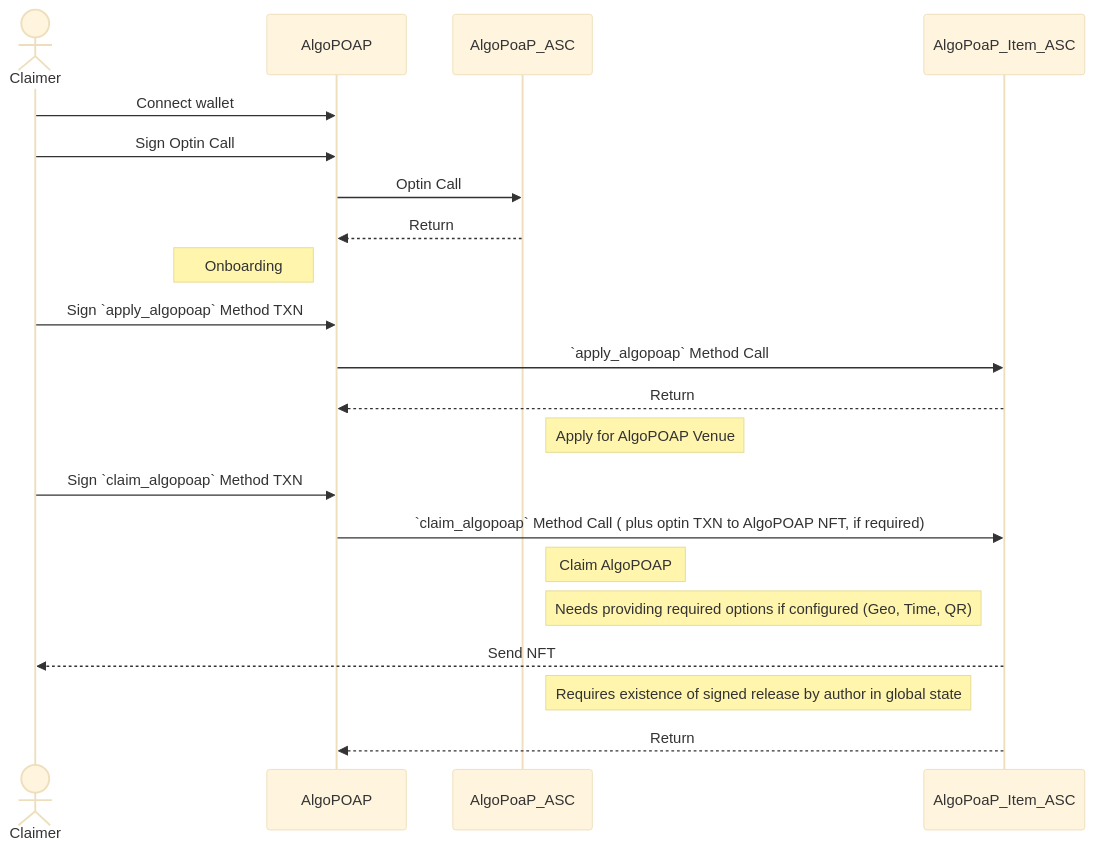
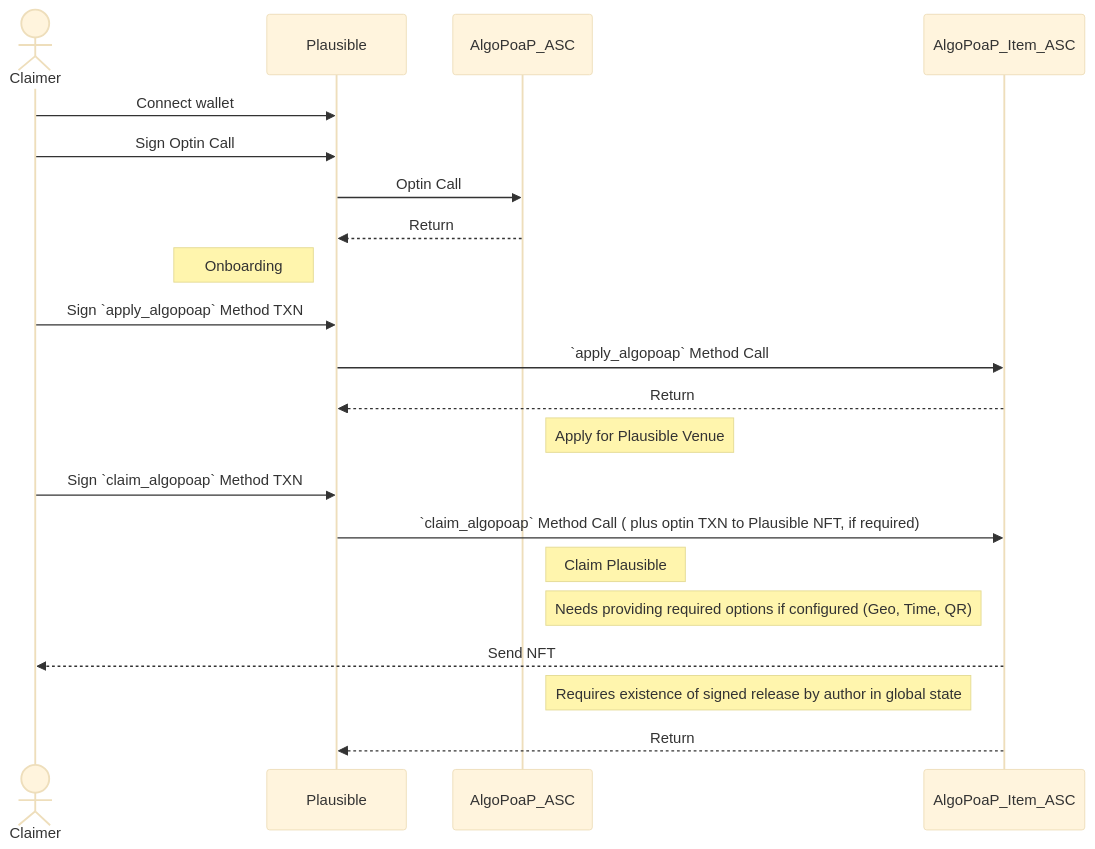
The third of 8 diagrams in profile/README.md (GoPlausible/.github), drawn with Mermaid (base theme) before and after one commit. The commit also changed other lines of this file, not shown here.

````diff
--- a/profile/README.md
+++ b/profile/README.md
@@ -173,27 +174,27 @@
 ```mermaid
 sequenceDiagram 
 actor Claimer
-participant AlgoPOAP
+participant Plausible
 participant AlgoPoaP_ASC
 participant AlgoPoaP_Item_ASC
-Claimer ->> AlgoPOAP: Connect wallet
-Claimer ->> AlgoPOAP: Sign Optin Call
-AlgoPOAP ->> AlgoPoaP_ASC: Optin Call
-AlgoPoaP_ASC -->> AlgoPOAP: Return
-Note left of AlgoPOAP: Onboarding
+Claimer ->> Plausible: Connect wallet
+Claimer ->> Plausible: Sign Optin Call
+Plausible ->> AlgoPoaP_ASC: Optin Call
+AlgoPoaP_ASC -->> Plausible: Return
+Note left of Plausible: Onboarding
 
-Claimer ->> AlgoPOAP: Sign `apply_algopoap` Method TXN
-AlgoPOAP ->> AlgoPoaP_Item_ASC:  `apply_algopoap` Method Call
-AlgoPoaP_Item_ASC -->> AlgoPOAP: Return
-Note right of AlgoPoaP_ASC: Apply for AlgoPOAP Venue
+Claimer ->> Plausible: Sign `apply_algopoap` Method TXN
+Plausible ->> AlgoPoaP_Item_ASC:  `apply_algopoap` Method Call
+AlgoPoaP_Item_ASC -->> Plausible: Return
+Note right of AlgoPoaP_ASC: Apply for Plausible Venue
 
 
-Claimer ->> AlgoPOAP: Sign `claim_algopoap` Method TXN
-AlgoPOAP ->> AlgoPoaP_Item_ASC: `claim_algopoap` Method Call ( plus optin TXN to AlgoPOAP NFT, if required)
-Note right of AlgoPoaP_ASC: Claim AlgoPOAP
+Claimer ->> Plausible: Sign `claim_algopoap` Method TXN
+Plausible ->> AlgoPoaP_Item_ASC: `claim_algopoap` Method Call ( plus optin TXN to Plausible NFT, if required)
+Note right of AlgoPoaP_ASC: Claim Plausible
 Note right of AlgoPoaP_ASC: Needs providing required options if configured (Geo, Time, QR)
 AlgoPoaP_Item_ASC -->> Claimer: Send NFT
 Note right of AlgoPoaP_ASC: Requires existence of signed release by author in global state
-AlgoPoaP_Item_ASC -->> AlgoPOAP: Return
+AlgoPoaP_Item_ASC -->> Plausible: Return
 
 ```
````
